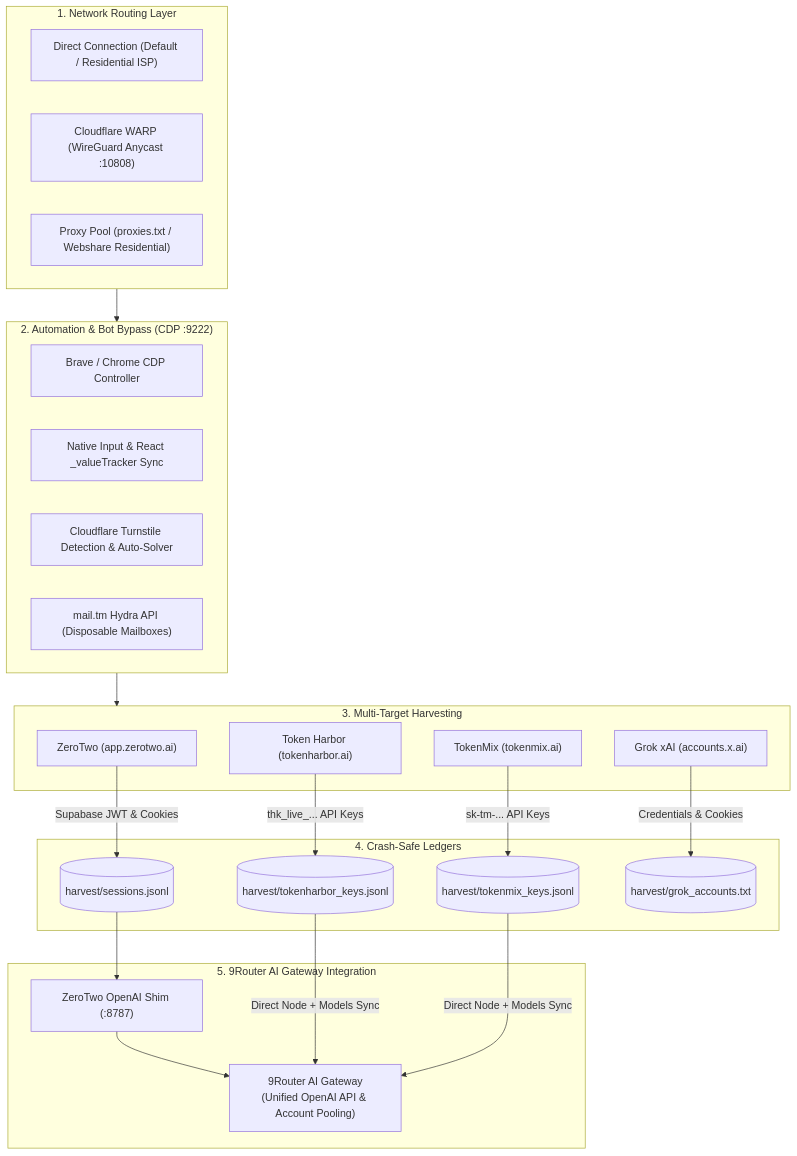
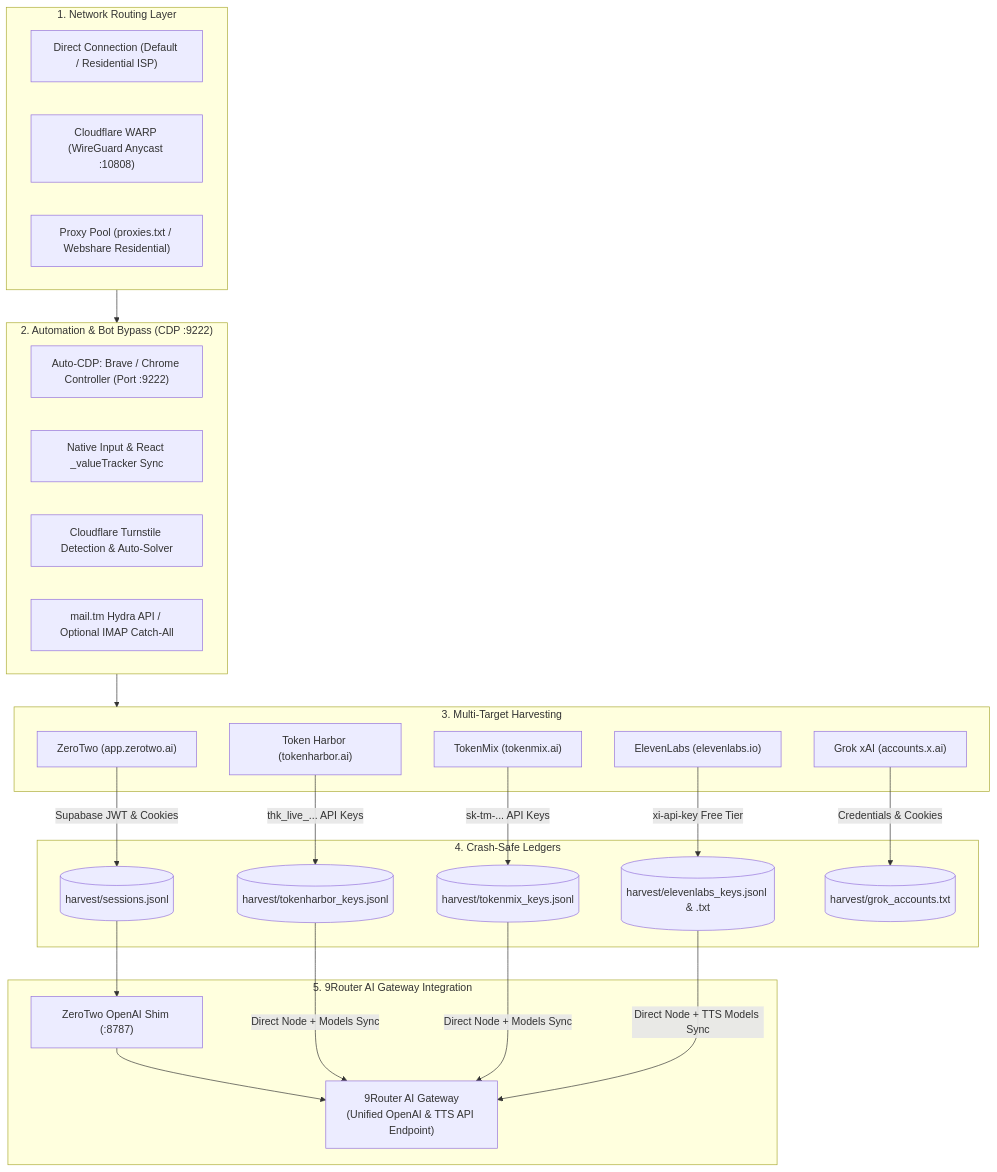
The diagram in README.md (Hazz-i/llm-harvester), drawn with Mermaid before and after one commit. The commit also changed other lines of this file and 13 other files, not shown here.

Commit message:
feat: integrate ElevenLabs key harvester, remove start-browser.sh and update auto-CDP

````diff
--- a/README.md
+++ b/README.md
@@ -89,46 +90,50 @@
 ```mermaid
 flowchart TD
     subgraph Routing["1. Network Routing Layer"]
         R1["Direct Connection (Default / Residential ISP)"]
         R2["Cloudflare WARP (WireGuard Anycast :10808)"]
         R3["Proxy Pool (proxies.txt / Webshare Residential)"]
     end
 
     subgraph Automation["2. Automation & Bot Bypass (CDP :9222)"]
-        CDP["Brave / Chrome CDP Controller"]
+        CDP["Auto-CDP: Brave / Chrome Controller (Port :9222)"]
         REACT["Native Input & React _valueTracker Sync"]
         TURN["Cloudflare Turnstile Detection & Auto-Solver"]
-        MAIL["mail.tm Hydra API (Disposable Mailboxes)"]
+        MAIL["mail.tm Hydra API / Optional IMAP Catch-All"]
     end
 
     subgraph Harvesters["3. Multi-Target Harvesting"]
         ZT["ZeroTwo (app.zerotwo.ai)"]
         TH["Token Harbor (tokenharbor.ai)"]
         TM["TokenMix (tokenmix.ai)"]
+        EL["ElevenLabs (elevenlabs.io)"]
         GK["Grok xAI (accounts.x.ai)"]
     end
 
     subgraph Storage["4. Crash-Safe Ledgers"]
         L_ZT[("harvest/sessions.jsonl")]
         L_TH[("harvest/tokenharbor_keys.jsonl")]
         L_TM[("harvest/tokenmix_keys.jsonl")]
+        L_EL[("harvest/elevenlabs_keys.jsonl & .txt")]
         L_GK[("harvest/grok_accounts.txt")]
     end
 
     subgraph Gateway["5. 9Router AI Gateway Integration"]
         SHIM["ZeroTwo OpenAI Shim (:8787)"]
-        ROUTER["9Router AI Gateway\n(Unified OpenAI API & Account Pooling)"]
+        ROUTER["9Router AI Gateway\n(Unified OpenAI & TTS API Endpoint)"]
     end
 
     Routing --> Automation
     Automation --> Harvesters
 
     ZT -->|Supabase JWT & Cookies| L_ZT
     TH -->|thk_live_... API Keys| L_TH
     TM -->|sk-tm-... API Keys| L_TM
+    EL -->|xi-api-key Free Tier| L_EL
     GK -->|Credentials & Cookies| L_GK
 
     L_ZT --> SHIM --> ROUTER
     L_TH -->|Direct Node + Models Sync| ROUTER
     L_TM -->|Direct Node + Models Sync| ROUTER
+    L_EL -->|Direct Node + TTS Models Sync| ROUTER
 ```
````
